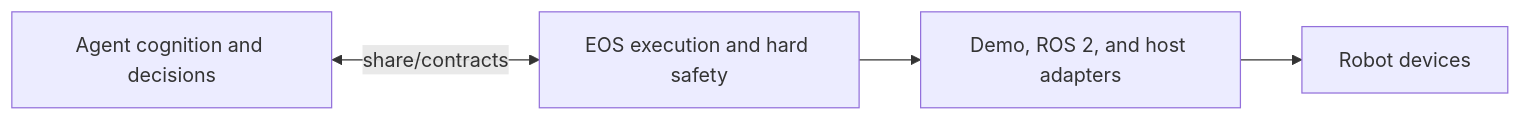
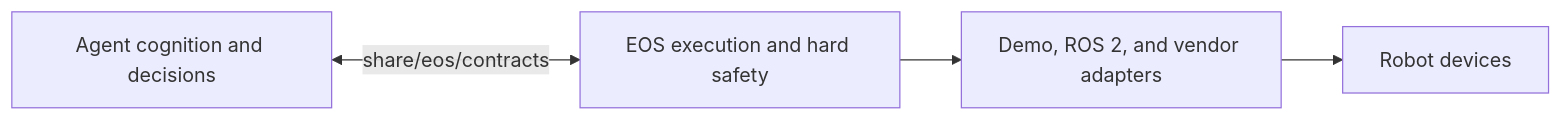
One commit to Island-Team/Aether-EOS-R changed the first of 2 diagrams in docs/island/layout.md. Above: the diagram before and after it, drawn with Mermaid. The commit also changed other lines of this file and 1196 other files, not shown here.

````diff
--- a/docs/island/layout.md
+++ b/docs/island/layout.md
@@ -19,6 +37,6 @@
 ```mermaid
 flowchart LR
-  agent["Agent cognition and decisions"] <-->|"share/contracts"| eos["EOS execution and hard safety"]
-  eos --> adapters["Demo, ROS 2, and host adapters"]
+  agent["Agent cognition and decisions"] <-->|"share/eos/contracts"| eos["EOS execution and hard safety"]
+  eos --> adapters["Demo, ROS 2, and vendor adapters"]
   adapters --> hardware["Robot devices"]
 ```
````
